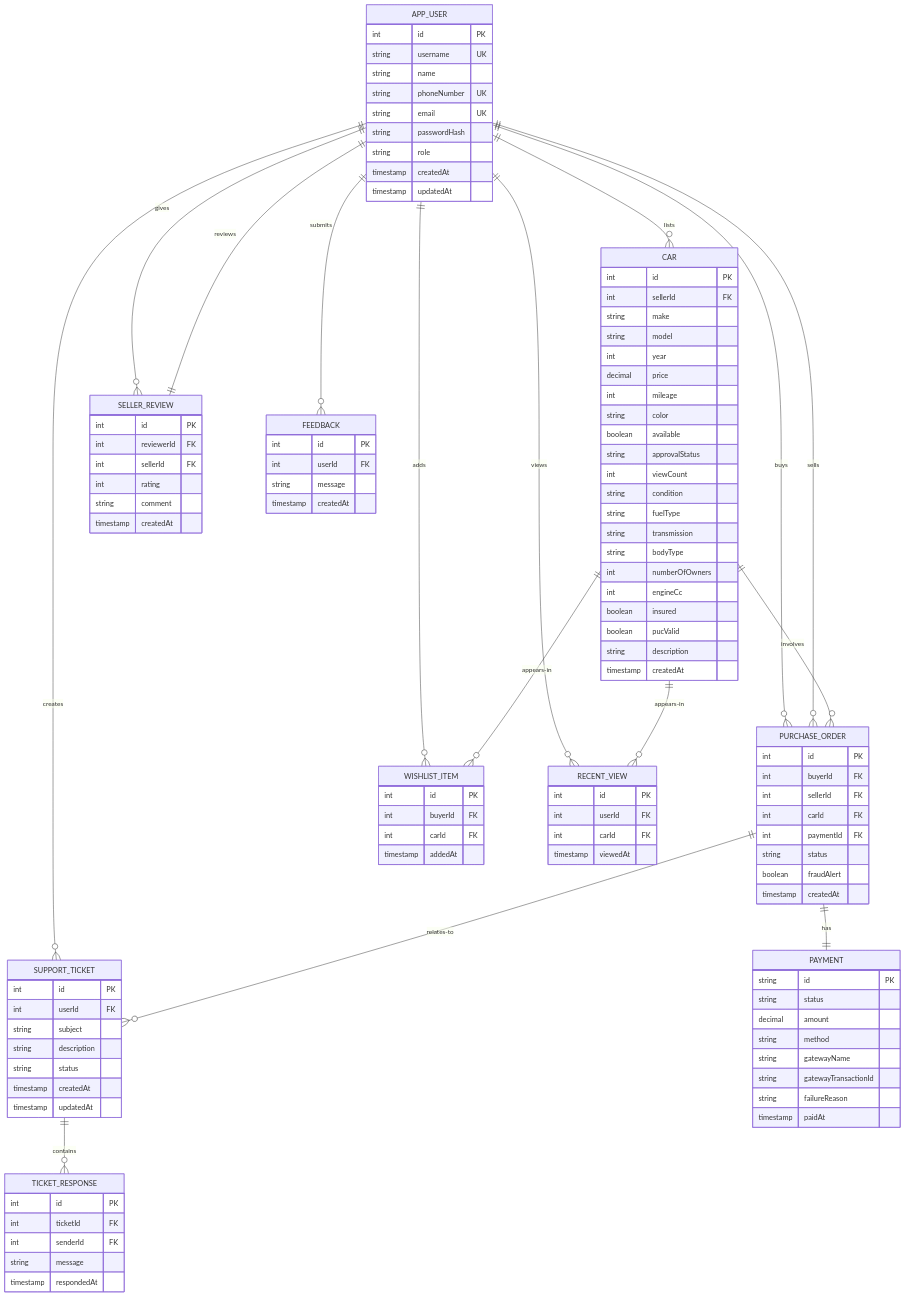
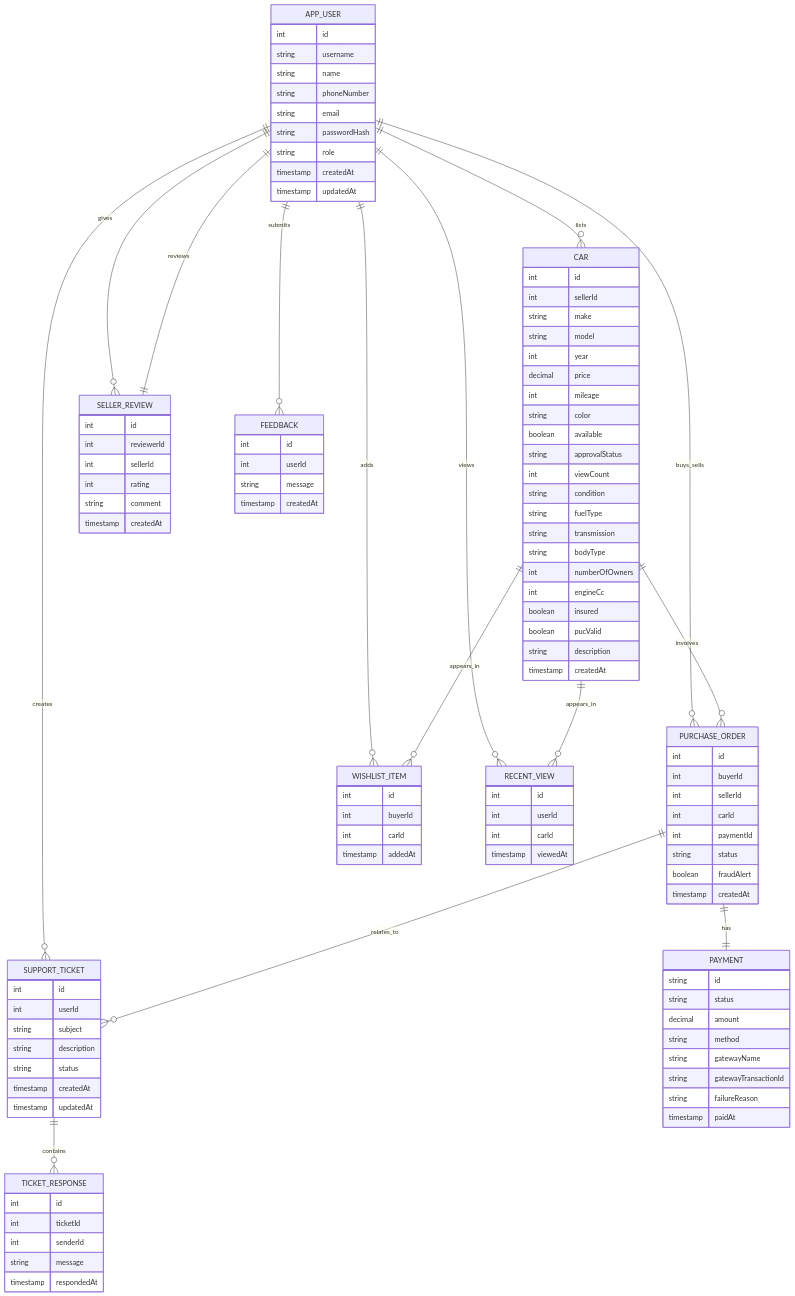
The third of 3 diagrams in SUBMISSION_DOCS/CODE_DOCUMENTATION.md (harshit-singhania/sprint-2-full-stack), drawn with Mermaid before and after one commit.

Commit message:
Fix ER diagram rendering in CODE_DOCUMENTATION.md
Fixed Mermaid ER diagram syntax issues:
- Removed quotes from relationship labels
- Removed PK, FK, UK notations from attributes
- Simplified relationship label naming
- Changed hyphens to underscores in relationship names

This ensures the ER diagram renders properly in GitHub and
other Mermaid-compatible renderers.

https://claude.ai/code/session_01Brw6K8wyjtocJfyUQYWfXT

````diff
--- a/SUBMISSION_DOCS/CODE_DOCUMENTATION.md
+++ b/SUBMISSION_DOCS/CODE_DOCUMENTATION.md
@@ -528,31 +528,30 @@
 ```mermaid
 erDiagram
-    APP_USER ||--o{ CAR : "lists"
-    APP_USER ||--o{ PURCHASE_ORDER : "buys"
-    APP_USER ||--o{ PURCHASE_ORDER : "sells"
-    APP_USER ||--o{ SUPPORT_TICKET : "creates"
-    APP_USER ||--o{ SELLER_REVIEW : "gives"
-    APP_USER ||--o{ FEEDBACK : "submits"
-    APP_USER ||--o{ WISHLIST_ITEM : "adds"
-    APP_USER ||--o{ RECENT_VIEW : "views"
+    APP_USER ||--o{ CAR : lists
+    APP_USER ||--o{ PURCHASE_ORDER : buys_sells
+    APP_USER ||--o{ SUPPORT_TICKET : creates
+    APP_USER ||--o{ SELLER_REVIEW : gives
+    APP_USER ||--o{ FEEDBACK : submits
+    APP_USER ||--o{ WISHLIST_ITEM : adds
+    APP_USER ||--o{ RECENT_VIEW : views
     
-    CAR ||--o{ PURCHASE_ORDER : "involves"
-    CAR ||--o{ WISHLIST_ITEM : "appears-in"
-    CAR ||--o{ RECENT_VIEW : "appears-in"
+    CAR ||--o{ PURCHASE_ORDER : involves
+    CAR ||--o{ WISHLIST_ITEM : appears_in
+    CAR ||--o{ RECENT_VIEW : appears_in
     
-    PURCHASE_ORDER ||--|| PAYMENT : "has"
-    PURCHASE_ORDER ||--o{ SUPPORT_TICKET : "relates-to"
+    PURCHASE_ORDER ||--|| PAYMENT : has
+    PURCHASE_ORDER ||--o{ SUPPORT_TICKET : relates_to
     
-    SUPPORT_TICKET ||--o{ TICKET_RESPONSE : "contains"
+    SUPPORT_TICKET ||--o{ TICKET_RESPONSE : contains
     
-    SELLER_REVIEW ||--|| APP_USER : "reviews"
+    SELLER_REVIEW ||--|| APP_USER : reviews
 
     APP_USER {
-        int id PK
-        string username UK
+        int id
+        string username
         string name
-        string phoneNumber UK
-        string email UK
+        string phoneNumber
+        string email
         string passwordHash
         string role
         timestamp createdAt
@@ -560,8 +559,8 @@
     }
 
     CAR {
-        int id PK
-        int sellerId FK
+        int id
+        int sellerId
         string make
         string model
         int year
@@ -584,18 +583,18 @@
     }
 
     PURCHASE_ORDER {
-        int id PK
-        int buyerId FK
-        int sellerId FK
-        int carId FK
-        int paymentId FK
+        int id
+        int buyerId
+        int sellerId
+        int carId
+        int paymentId
         string status
         boolean fraudAlert
         timestamp createdAt
     }
 
     PAYMENT {
-        string id PK
+        string id
         string status
         decimal amount
         string method
@@ -606,8 +605,8 @@
     }
 
     SUPPORT_TICKET {
-        int id PK
-        int userId FK
+        int id
+        int userId
         string subject
         string description
         string status
@@ -616,40 +615,40 @@
     }
 
     TICKET_RESPONSE {
-        int id PK
-        int ticketId FK
-        int senderId FK
+        int id
+        int ticketId
+        int senderId
         string message
         timestamp respondedAt
     }
 
     FEEDBACK {
-        int id PK
-        int userId FK
+        int id
+        int userId
         string message
         timestamp createdAt
     }
 
     SELLER_REVIEW {
-        int id PK
-        int reviewerId FK
-        int sellerId FK
+        int id
+        int reviewerId
+        int sellerId
         int rating
         string comment
         timestamp createdAt
     }
 
     WISHLIST_ITEM {
-        int id PK
-        int buyerId FK
-        int carId FK
+        int id
+        int buyerId
+        int carId
         timestamp addedAt
     }
 
     RECENT_VIEW {
-        int id PK
-        int userId FK
-        int carId FK
+        int id
+        int userId
+        int carId
         timestamp viewedAt
     }
 ```
````
